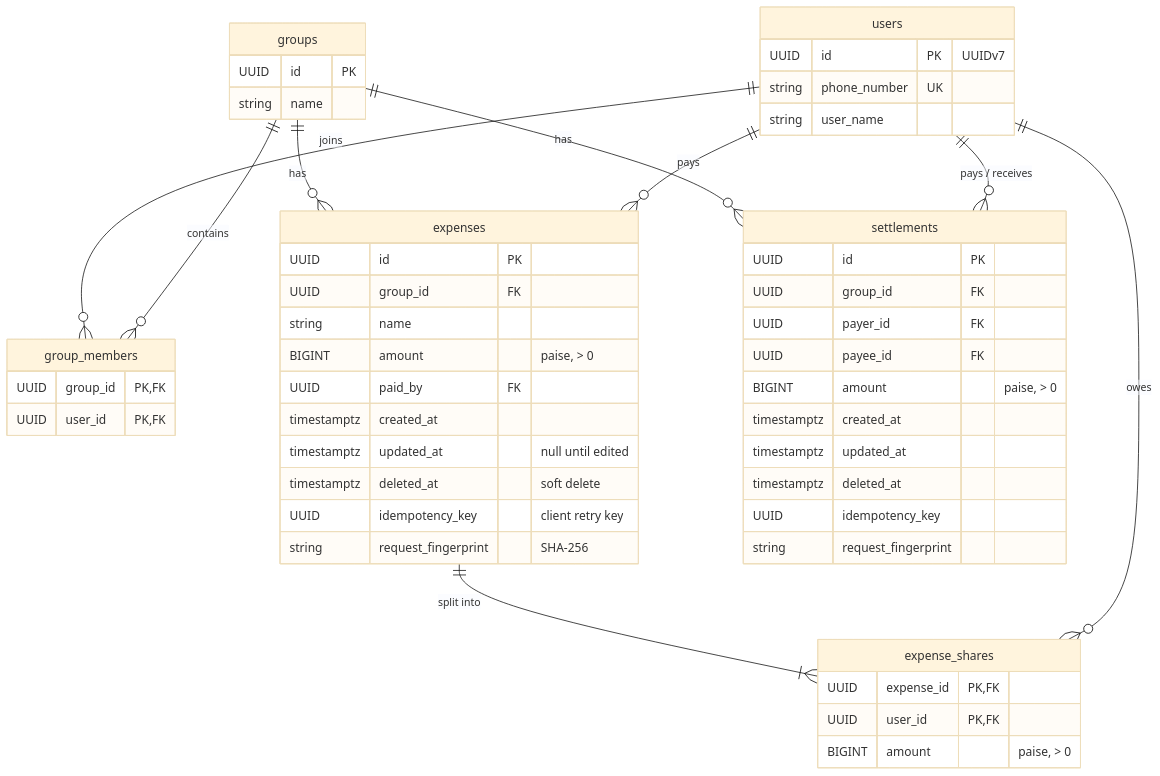
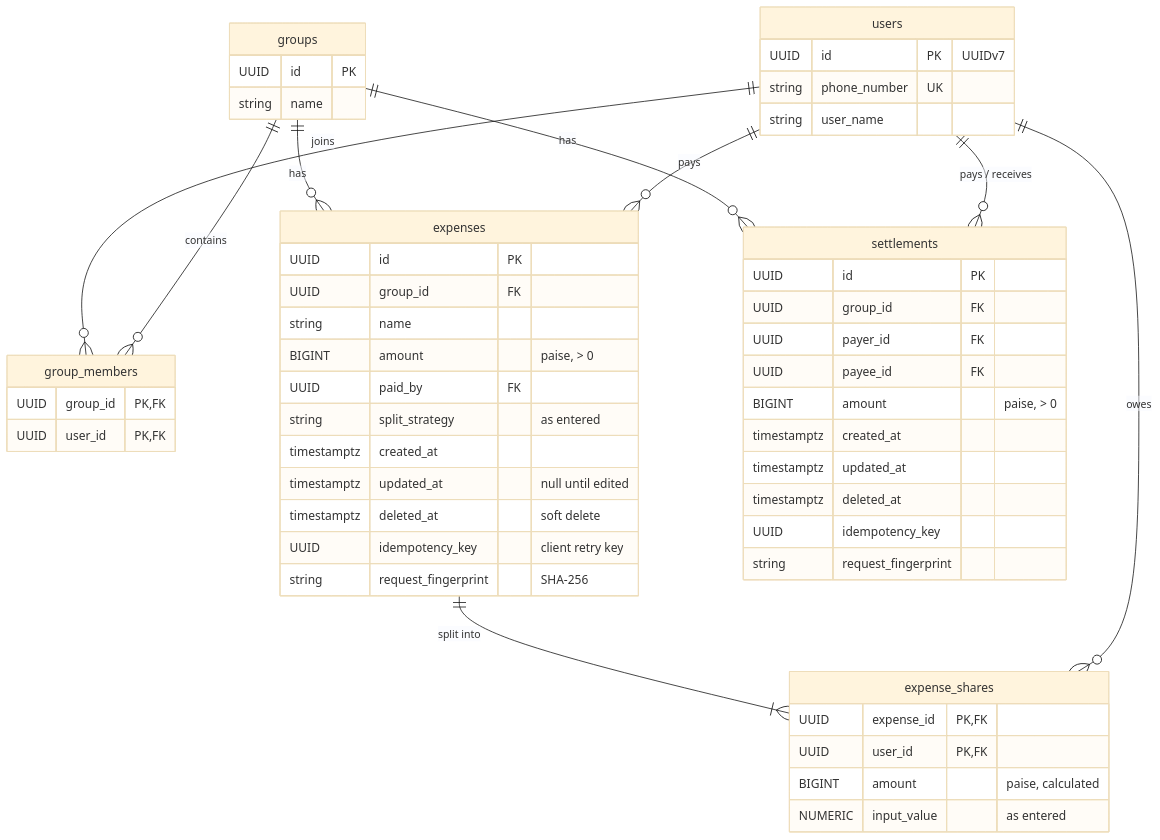
The third of 4 diagrams in README.md (kush-goyal96/splitwise), drawn with Mermaid (base theme) before and after one commit. The commit also changed other lines of this file and 7 other files, not shown here.

Commit message:
Store the split as entered so edits can be pre-filled

````diff
--- a/README.md
+++ b/README.md
@@ -230,54 +232,56 @@
 ```mermaid
 erDiagram
     users ||--o{ group_members : joins
     groups ||--o{ group_members : contains
     groups ||--o{ expenses : has
     users ||--o{ expenses : pays
     expenses ||--|{ expense_shares : "split into"
     users ||--o{ expense_shares : owes
     groups ||--o{ settlements : has
     users ||--o{ settlements : "pays / receives"
 
     users {
         UUID id PK "UUIDv7"
         string phone_number UK
         string user_name
     }
     groups {
         UUID id PK
         string name
     }
     group_members {
         UUID group_id PK,FK
         UUID user_id PK,FK
     }
     expenses {
         UUID id PK
         UUID group_id FK
         string name
         BIGINT amount "paise, > 0"
         UUID paid_by FK
+        string split_strategy "as entered"
         timestamptz created_at
         timestamptz updated_at "null until edited"
         timestamptz deleted_at "soft delete"
         UUID idempotency_key "client retry key"
         string request_fingerprint "SHA-256"
     }
     expense_shares {
         UUID expense_id PK,FK
         UUID user_id PK,FK
-        BIGINT amount "paise, > 0"
+        BIGINT amount "paise, calculated"
+        NUMERIC input_value "as entered"
     }
     settlements {
         UUID id PK
         UUID group_id FK
         UUID payer_id FK
         UUID payee_id FK
         BIGINT amount "paise, > 0"
         timestamptz created_at
         timestamptz updated_at
         timestamptz deleted_at
         UUID idempotency_key
         string request_fingerprint
     }
 ```
````
